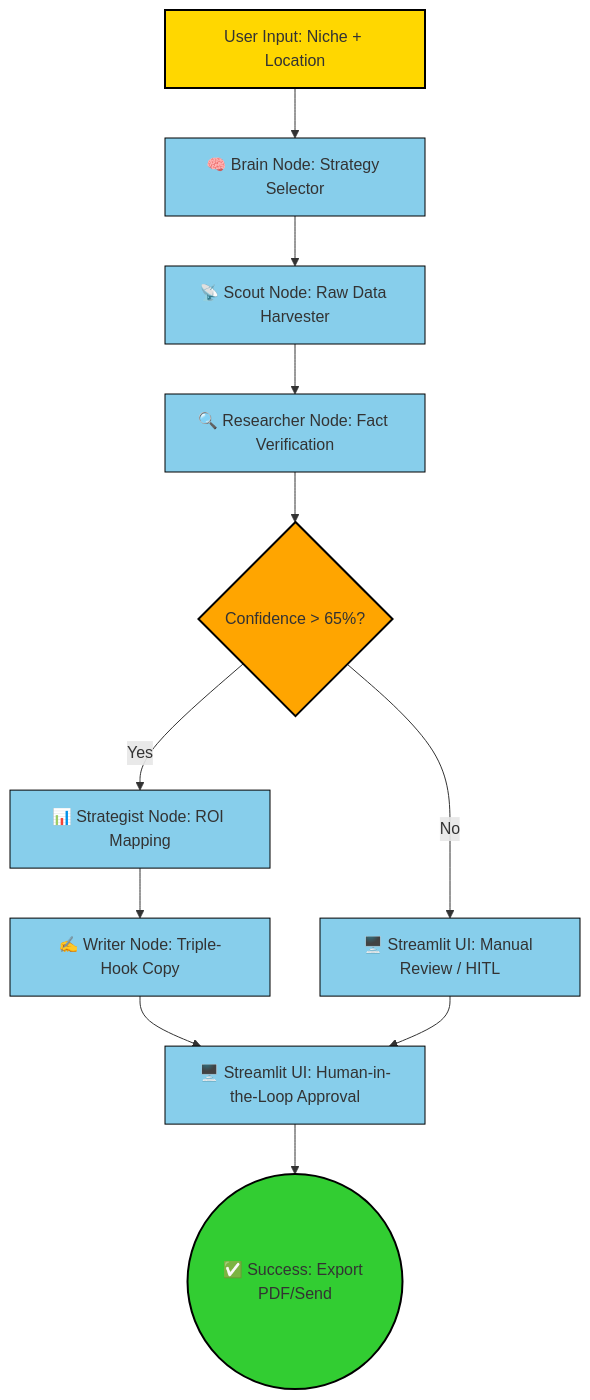
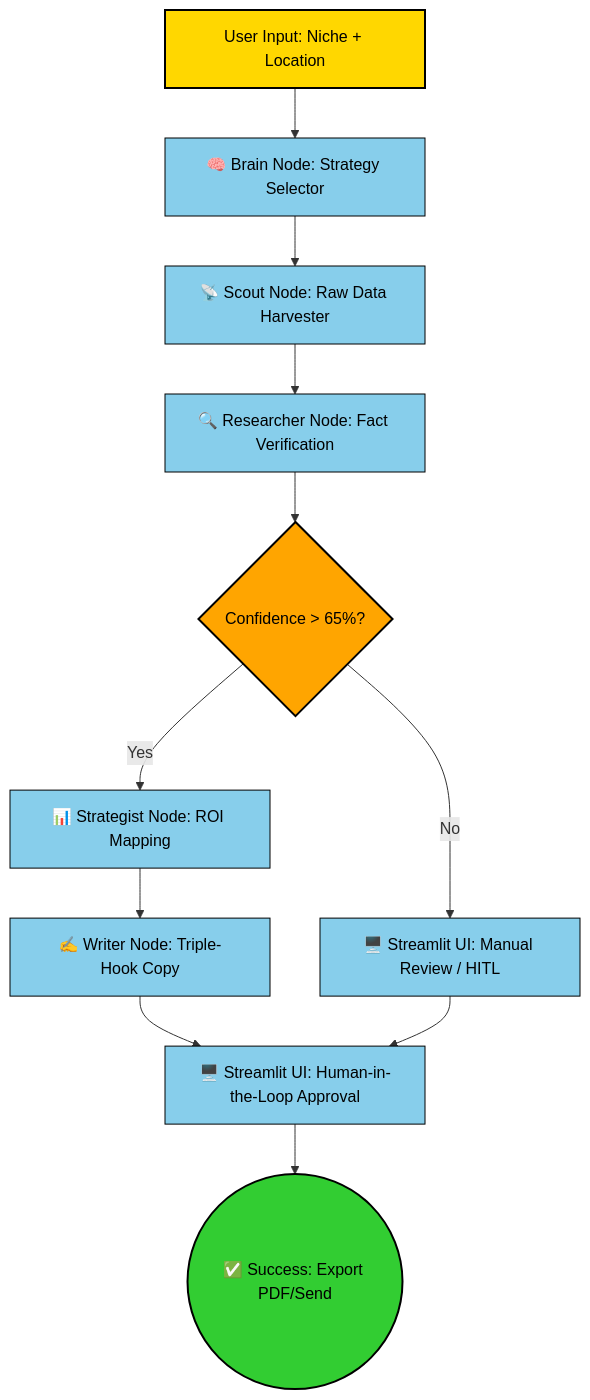
The diagram in README.md (shirinlakhani/sales-outreach-agent), drawn with Mermaid before and after one commit.

Commit message:
change font color

````diff
--- a/README.md
+++ b/README.md
@@ -20,31 +20,31 @@
 ```mermaid
 graph TD
-    %% Define Node Colors and Styles
-    classDef start fill:#FFD700,stroke:#000,stroke-width:2px;      
-    classDef process fill:#87CEEB,stroke:#000,stroke-width:1px;    
-    classDef decision fill:#FFA500,stroke:#000,stroke-width:2px;   
-    classDef endNode fill:#32CD32,stroke:#000,stroke-width:2px;    
+    %% Define Node Colors, Stroke, and Text
+    classDef start fill:#FFD700,stroke:#000,stroke-width:2px,color:#000;      
+    classDef process fill:#87CEEB,stroke:#000,stroke-width:1px,color:#000;    
+    classDef decision fill:#FFA500,stroke:#000,stroke-width:2px,color:#000;   
+    classDef endNode fill:#32CD32,stroke:#000,stroke-width:2px,color:#000;    
     
     %% Nodes and Flow
     A[User Input: Niche + Location] --> B[🧠 Brain Node: Strategy Selector]
     B --> C[📡 Scout Node: Raw Data Harvester]
     C --> D[🔍 Researcher Node: Fact Verification]
     
     %% Conditional Logic for Lead Quality
     D --> E{Confidence > 65%?}
     E -- No --> J[🖥️ Streamlit UI: Manual Review / HITL]
     E -- Yes --> F[📊 Strategist Node: ROI Mapping]
     
     F --> G[✍️ Writer Node: Triple-Hook Copy]
     G --> H[🖥️ Streamlit UI: Human-in-the-Loop Approval]
 
     %% Manual review feeds into final approval
     J --> H
     H --> I((✅ Success: Export PDF/Send))
 
     %% Assign Classes
     class A start;
     class B,C,D,F,G,H,J process;
     class E decision;
     class I endNode;
 ```
````
